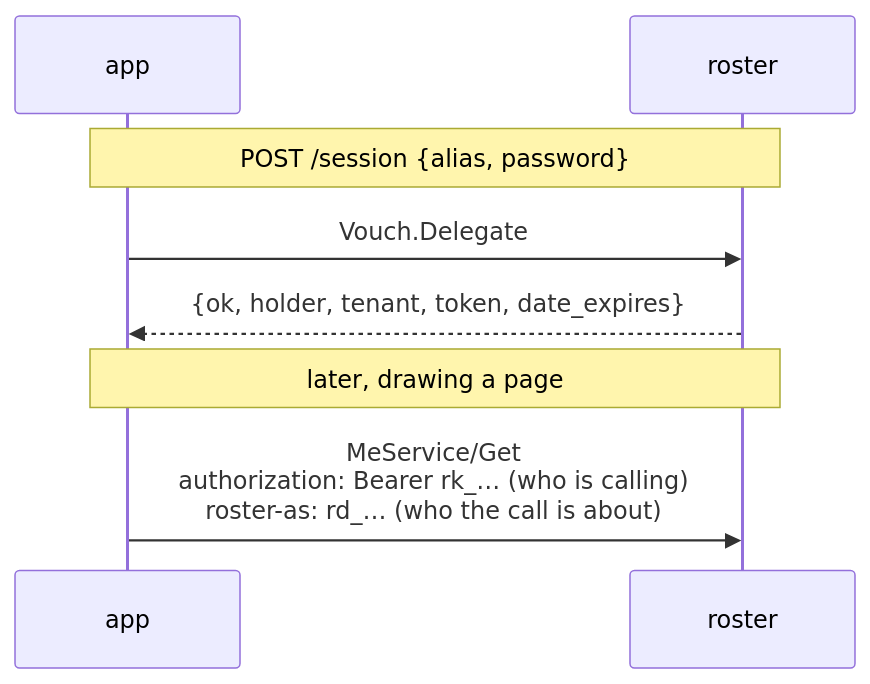
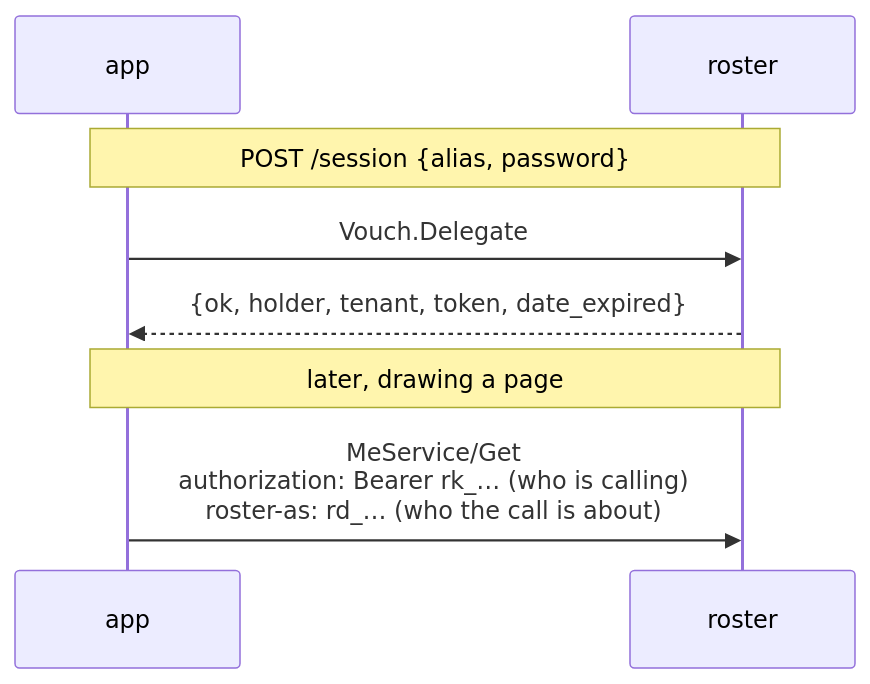
Before and after one commit to lesomnus/roster: the seventh of 7 diagrams in docs/login.md, drawn with Mermaid. The commit also changed 166 other files, not shown here.

````diff
--- a/docs/login.md
+++ b/docs/login.md
@@ -1477,12 +1477,12 @@
 ```mermaid
 sequenceDiagram
   participant A as app
   participant R as roster
 
   Note over A,R: POST /session {alias, password}
   A->>R: Vouch.Delegate
-  R-->>A: {ok, holder, tenant, token, date_expires}
+  R-->>A: {ok, holder, tenant, token, date_expired}
 
   Note over A,R: later, drawing a page
   A->>R: MeService/Get<br/>authorization: Bearer rk_… (who is calling)<br/>roster-as: rd_… (who the call is about)
 ```
````
